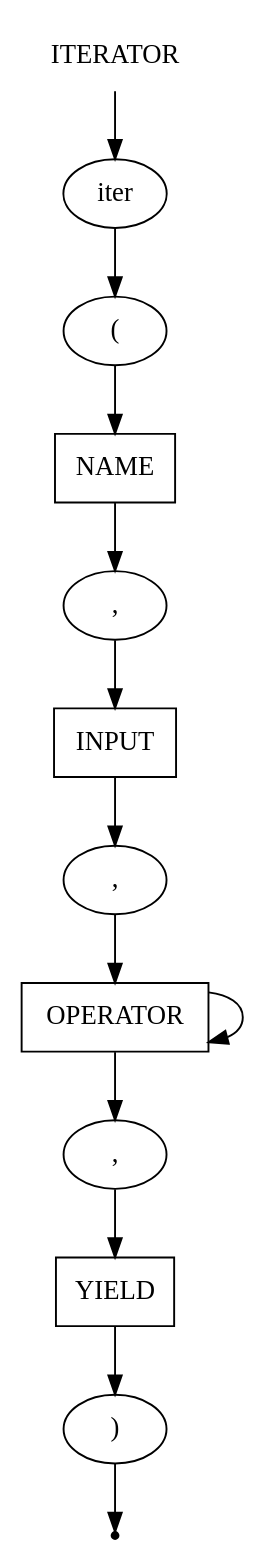
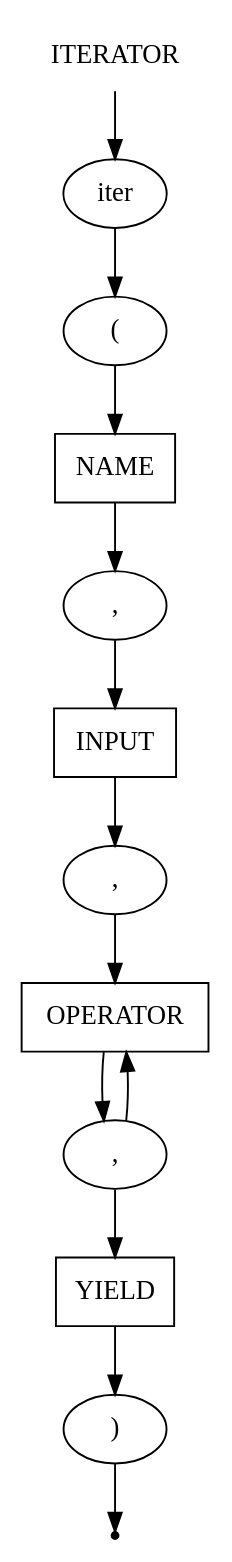
The diagram in src/PSADParser/grammar/iterator.gv (IMZolin/PSAD), drawn with Graphviz before and after one commit. The commit also changed 10 other files, not shown here.

```diff
--- a/src/PSADParser/grammar/iterator.gv
+++ b/src/PSADParser/grammar/iterator.gv
@@ -1,27 +1,27 @@
 digraph ITERATOR {
     start [label=ITERATOR shape=plaintext]
     iter [label=iter shape=oval]
     br_open [label="(" shape=oval]
     br_close [label=")" shape=oval]
     comma_1 [label="," shape=oval]
     comma_2 [label="," shape=oval]
     comma_3 [label="," shape=oval]
     name [label=NAME shape=box]
     input [label=INPUT shape=box]
     operator [label=OPERATOR shape=box]
     yield [label=YIELD shape=box]
     end [label="" shape=point]
 
     start -> iter
     iter -> br_open
     br_open -> name
     name -> comma_1
     comma_1 -> input
     input -> comma_2
     comma_2 -> operator
-    operator -> operator
     operator -> comma_3
+    comma_3 -> operator
     comma_3 -> yield
     yield -> br_close
     br_close -> end
 }
```
